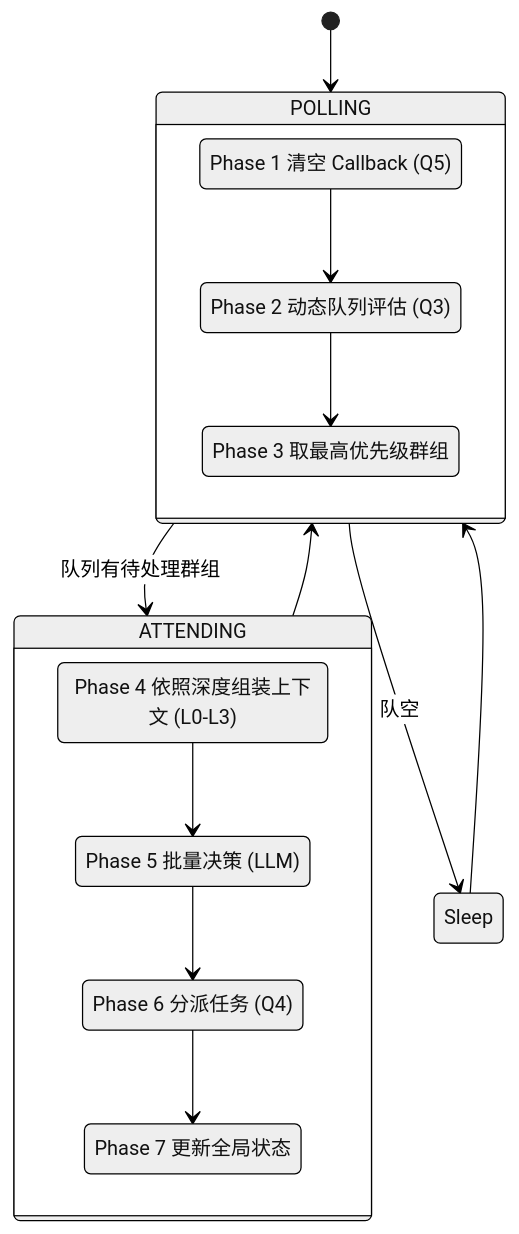
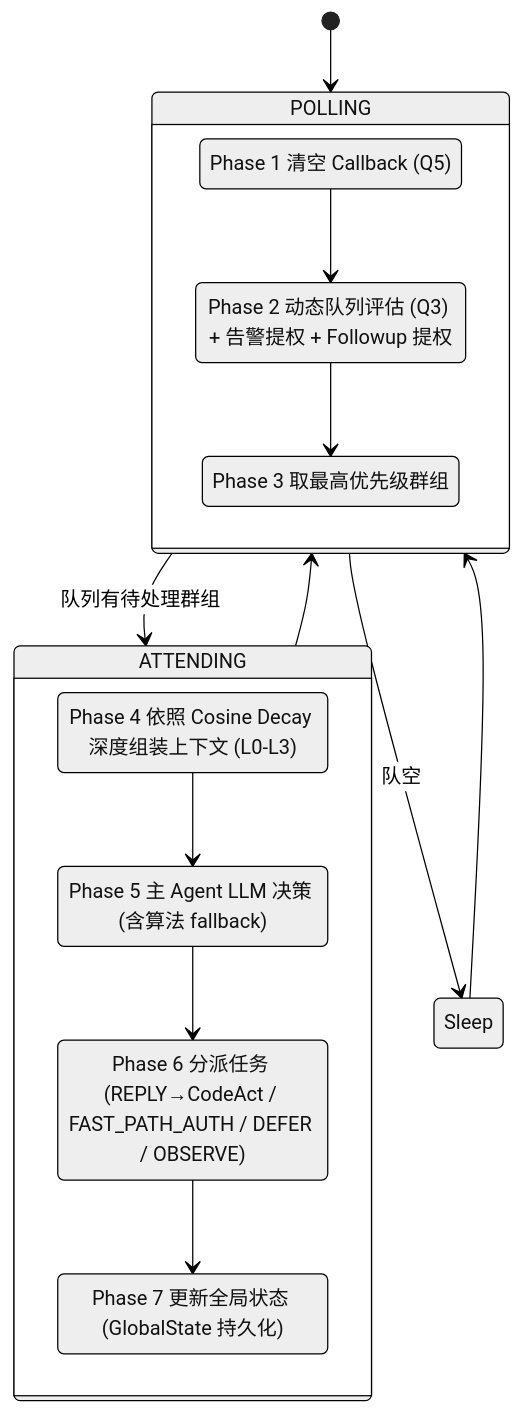
One commit to mitang-tal/CyberGroupmate changed the first of 3 diagrams in docs/architecture_v2.md. Above: the diagram before and after it, drawn with Mermaid (neutral theme). The commit also changed other lines of this file, not shown here.

````diff
--- a/docs/architecture_v2.md
+++ b/docs/architecture_v2.md
@@ -29,30 +30,30 @@
 ```mermaid
 stateDiagram-v2
     [*] --> POLLING
     
     state POLLING {
         DrainCallbacks: Phase 1 清空 Callback (Q5)
-        UpdateQueue: Phase 2 动态队列评估 (Q3)
+        UpdateQueue: Phase 2 动态队列评估 (Q3) + 告警提权 + Followup 提权
         Dequeue: Phase 3 取最高优先级群组
         
         DrainCallbacks --> UpdateQueue
         UpdateQueue --> Dequeue
     }
     
     POLLING --> ATTENDING : 队列有待处理群组
     POLLING --> Sleep : 队空
     Sleep --> POLLING
     
     state ATTENDING {
-        BuildCtx: Phase 4 依照深度组装上下文 (L0-L3)
-        Decide: Phase 5 批量决策 (LLM)
-        Dispatch: Phase 6 分派任务 (Q4)
-        UpdateState: Phase 7 更新全局状态
+        BuildCtx: Phase 4 依照 Cosine Decay 深度组装上下文 (L0-L3)
+        Decide: Phase 5 主 Agent LLM 决策 (含算法 fallback)
+        Dispatch: Phase 6 分派任务 (REPLY→CodeAct / FAST_PATH_AUTH / DEFER / OBSERVE)
+        UpdateState: Phase 7 更新全局状态 (GlobalState 持久化)
         
         BuildCtx --> Decide
         Decide --> Dispatch
         Dispatch --> UpdateState
     }
     
     ATTENDING --> POLLING
 ```
````
